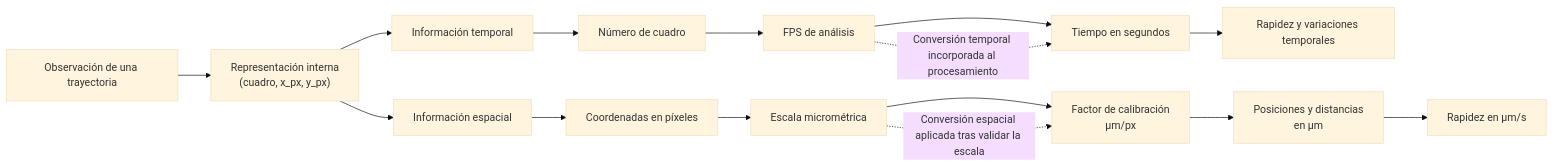
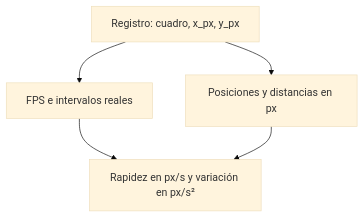
One commit to Alexiiuus/tesis-microorganismos changed the diagram in figures/chapter04/fig04_03_calibracion.mmd. Above: the diagram before and after it, drawn with Mermaid (base theme). The commit also changed 17 other files, not shown here.

```diff
--- a/figures/chapter04/fig04_03_calibracion.mmd
+++ b/figures/chapter04/fig04_03_calibracion.mmd
@@ -1,21 +1,5 @@
-flowchart LR
-    A[Observación de una trayectoria]
-
-    A --> B["Representación interna<br/>(cuadro, x_px, y_px)"]
-
-    B --> C[Información temporal]
-    B --> D[Información espacial]
-
-    C --> C1[Número de cuadro]
-    C1 --> C2[FPS de análisis]
-    C2 --> C3[Tiempo en segundos]
-    C3 --> C4[Rapidez y variaciones temporales]
-
-    D --> D1[Coordenadas en píxeles]
-    D1 --> D2[Escala micrométrica]
-    D2 --> D3[Factor de calibración<br/>µm/px]
-    D3 --> D4[Posiciones y distancias<br/>en µm]
-    D4 --> D5[Rapidez en µm/s]
-
-    C2 -. Conversión temporal incorporada al procesamiento .-> C3
-    D2 -. Conversión espacial aplicada tras validar la escala .-> D3
+flowchart TD
+    A["Registro: cuadro, x_px, y_px"] --> B["FPS e intervalos reales"]
+    A --> C["Posiciones y distancias en px"]
+    B --> D["Rapidez en px/s y variación en px/s²"]
+    C --> D
```
